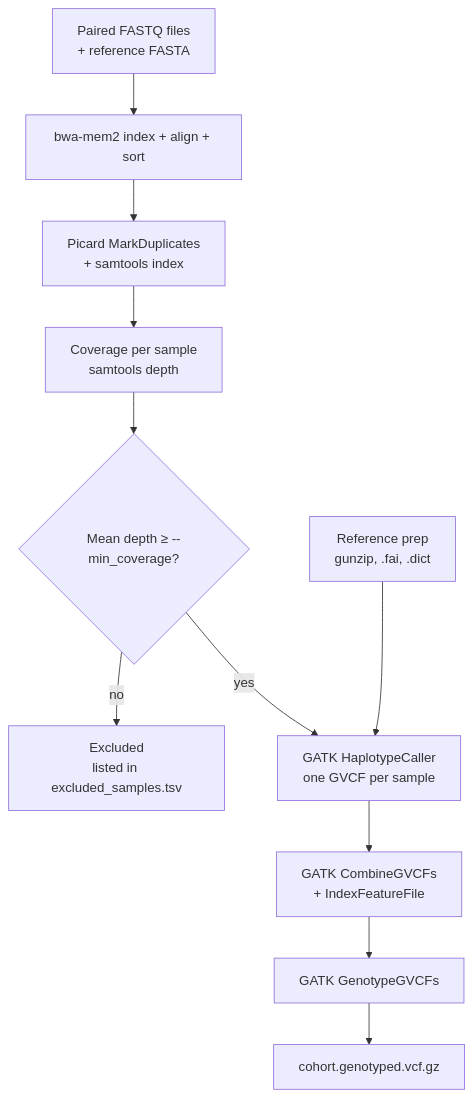
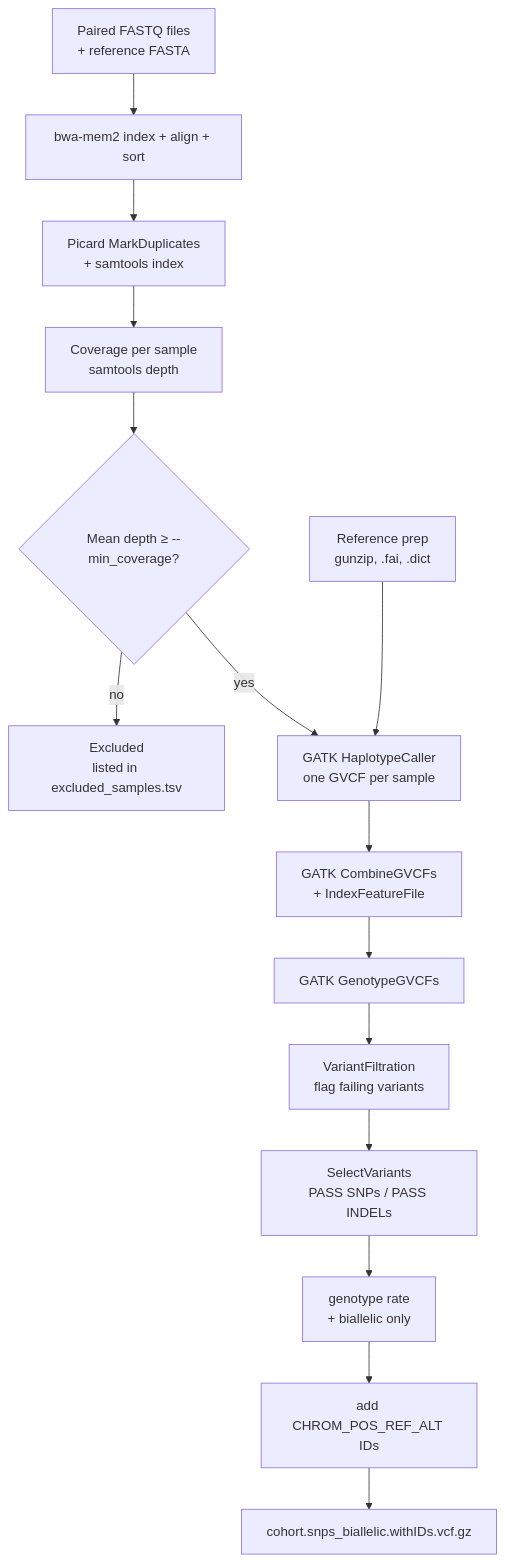
Before and after one commit to KristinaGagalova/MycoPops: the diagram in README.md, drawn with Mermaid. The commit also changed other lines of this file, not shown here.

````diff
--- a/README.md
+++ b/README.md
@@ -32,13 +34,17 @@
 ```mermaid
 flowchart TD
     A[Paired FASTQ files<br/>+ reference FASTA] --> B[bwa-mem2 index + align + sort]
     B --> C[Picard MarkDuplicates<br/>+ samtools index]
     C --> D[Coverage per sample<br/>samtools depth]
     D --> E{Mean depth ≥ --min_coverage?}
     E -- no --> X[Excluded<br/>listed in excluded_samples.tsv]
     E -- yes --> F[GATK HaplotypeCaller<br/>one GVCF per sample]
     R[Reference prep<br/>gunzip, .fai, .dict] --> F
     F --> G[GATK CombineGVCFs<br/>+ IndexFeatureFile]
     G --> H[GATK GenotypeGVCFs]
-    H --> V[cohort.genotyped.vcf.gz]
+    H --> I[VariantFiltration<br/>flag failing variants]
+    I --> J[SelectVariants<br/>PASS SNPs / PASS INDELs]
+    J --> K[genotype rate<br/>+ biallelic only]
+    K --> L[add CHROM_POS_REF_ALT IDs]
+    L --> V[cohort.snps_biallelic.withIDs.vcf.gz]
 ```
````
